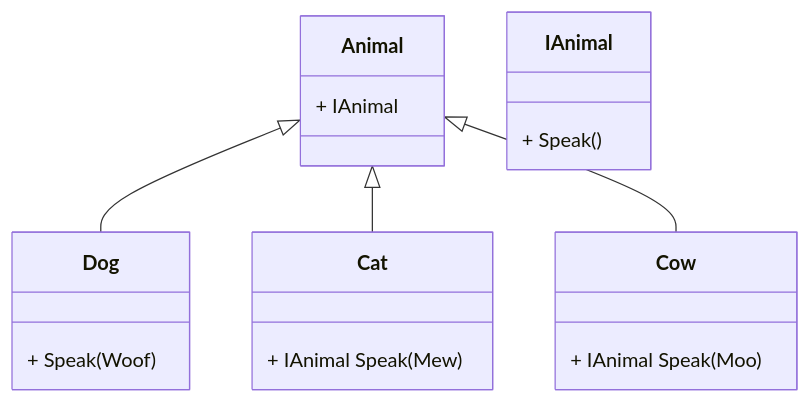
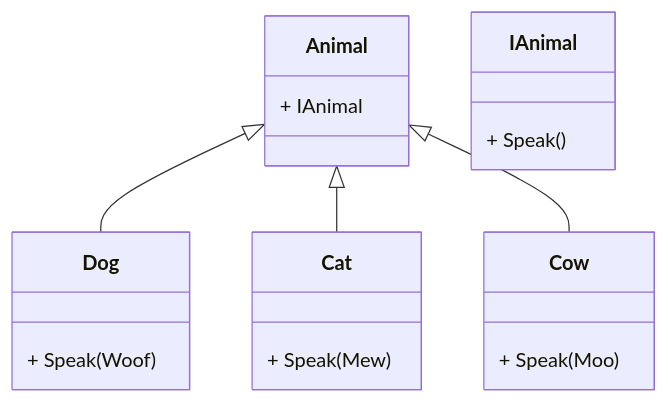
One commit to TGabinW/CW6 changed the diagram in README.md. Above: the diagram before and after it, drawn with Mermaid.

````diff
--- a/README.md
+++ b/README.md
@@ -3,17 +3,17 @@
 ```mermaid
 classDiagram
     Animal <|-- Dog
     Animal <|-- Cat
     Animal <|-- Cow
     Animal: + IAnimal
     IAnimal: + Speak()
     class Dog{
         +  Speak(Woof)
     }
     class Cat{
-        + IAnimal Speak(Mew)
+        + Speak(Mew)
     }
     class Cow{
-        + IAnimal Speak(Moo)
+        + Speak(Moo)
     }
 ```
````
